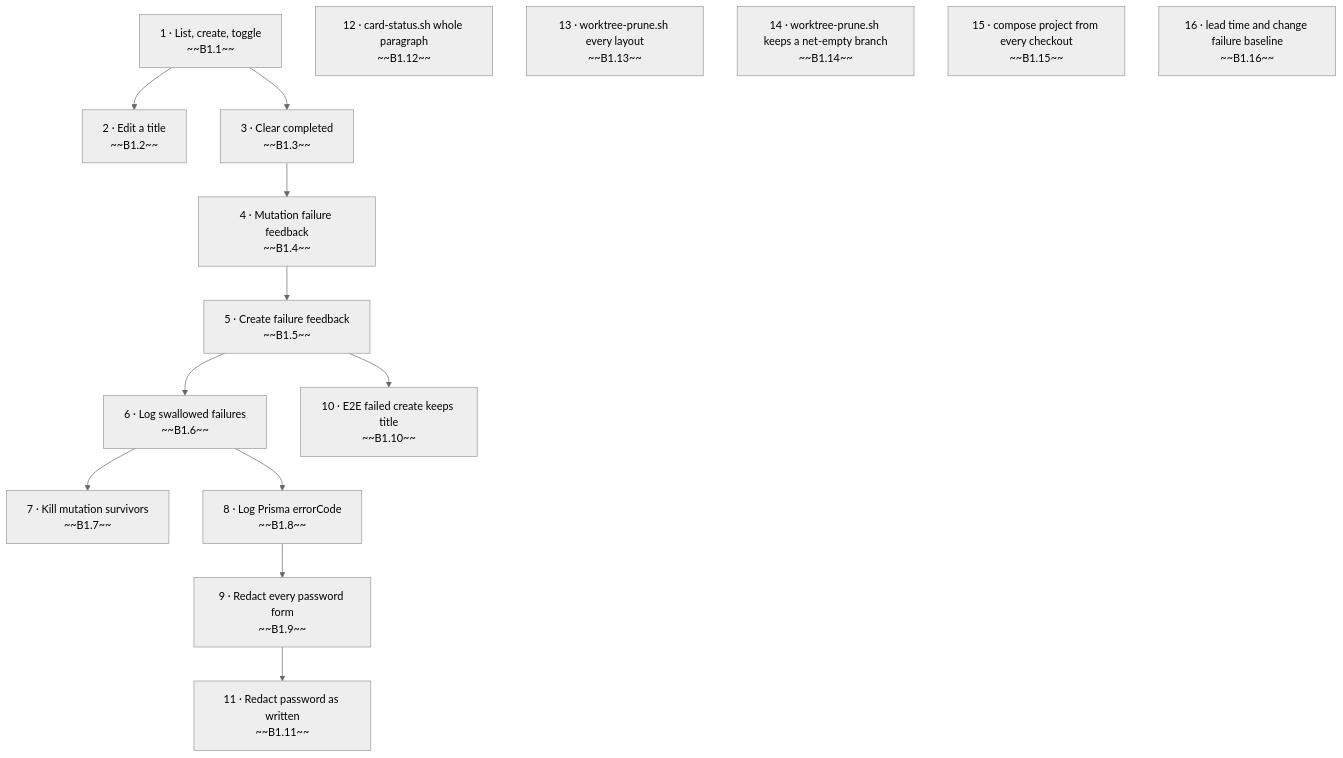
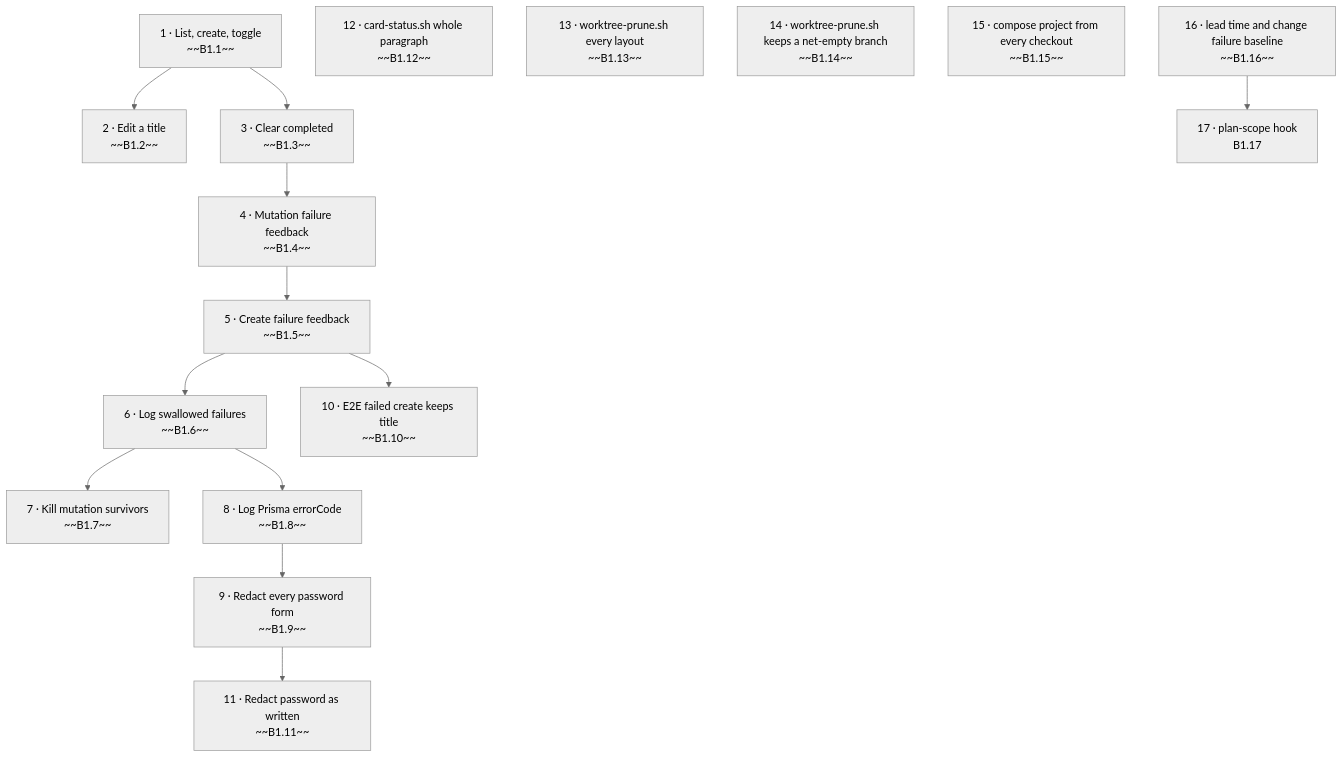
The diagram in backlog/README.md (st-minhho2/level-up-lab), drawn with Mermaid (neutral theme) before and after one commit. The commit also changed other lines of this file and 1 other file, not shown here.

Commit message:
docs(backlog): card B1.17 plan-scope hook

````diff
--- a/backlog/README.md
+++ b/backlog/README.md
@@ -15,29 +15,31 @@
 ```mermaid
 flowchart TD
   S1["1 · List, create, toggle<br/>~~B1.1~~"]
   S2["2 · Edit a title<br/>~~B1.2~~"]
   S3["3 · Clear completed<br/>~~B1.3~~"]
   S1 --> S2
   S4["4 · Mutation failure feedback<br/>~~B1.4~~"]
   S1 --> S3
   S3 --> S4
   S5["5 · Create failure feedback<br/>~~B1.5~~"]
   S4 --> S5
   S6["6 · Log swallowed failures<br/>~~B1.6~~"]
   S5 --> S6
   S7["7 · Kill mutation survivors<br/>~~B1.7~~"]
   S6 --> S7
   S8["8 · Log Prisma errorCode<br/>~~B1.8~~"]
   S6 --> S8
   S9["9 · Redact every password form<br/>~~B1.9~~"]
   S8 --> S9
   S10["10 · E2E failed create keeps title<br/>~~B1.10~~"]
   S5 --> S10
   S11["11 · Redact password as written<br/>~~B1.11~~"]
   S9 --> S11
   S12["12 · card-status.sh whole paragraph<br/>~~B1.12~~"]
   S13["13 · worktree-prune.sh every layout<br/>~~B1.13~~"]
   S14["14 · worktree-prune.sh keeps a net-empty branch<br/>~~B1.14~~"]
   S15["15 · compose project from every checkout<br/>~~B1.15~~"]
   S16["16 · lead time and change failure baseline<br/>~~B1.16~~"]
+  S17["17 · plan-scope hook<br/>B1.17"]
+  S16 --> S17
 ```
````
